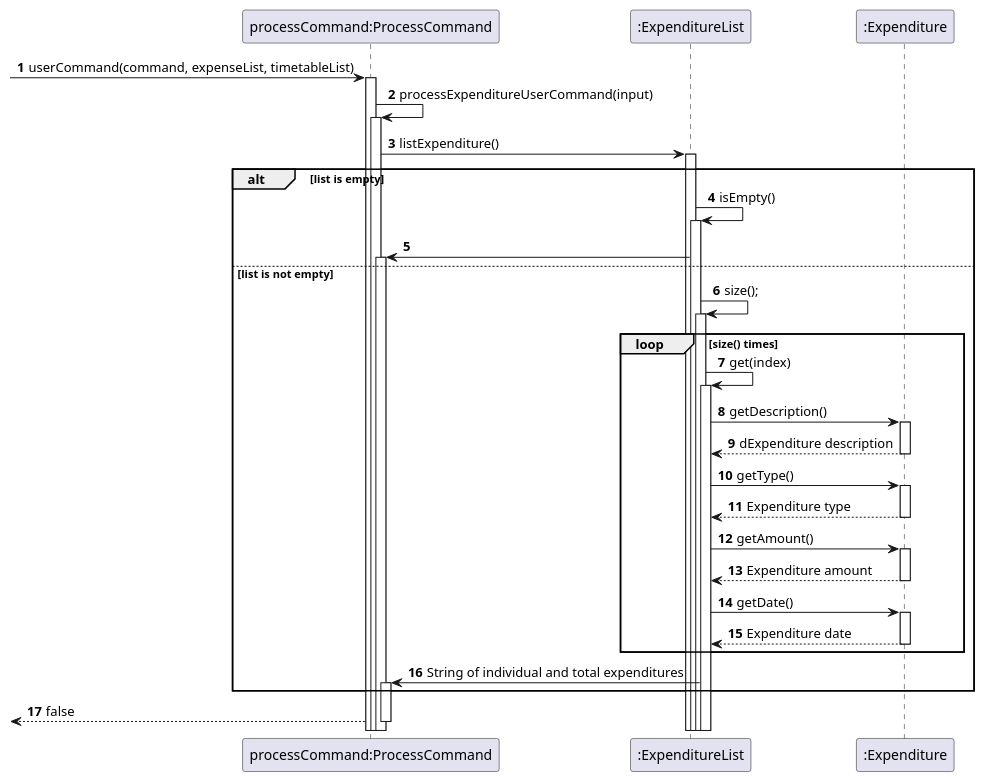
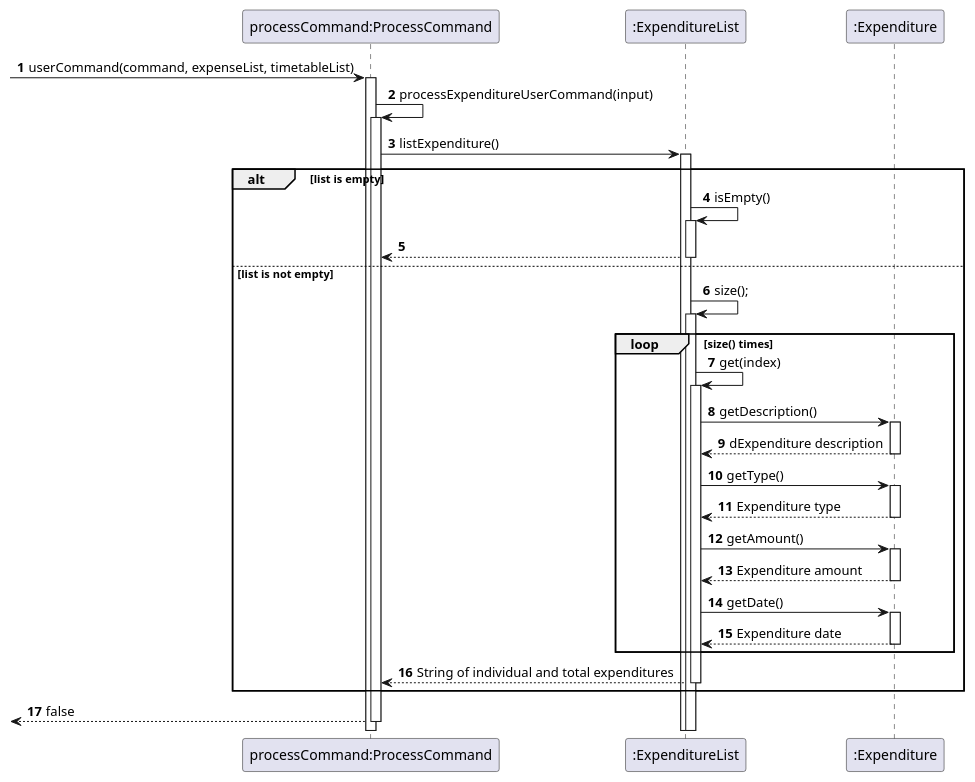
Before and after one commit to nyh3/tp: the diagram in docs/diagrams/sequencediagram/ListExpenditure.puml, drawn with PlantUML. The commit also changed 8 other files, not shown here.

Commit message:
Update diagrams

```diff
--- a/docs/diagrams/sequencediagram/ListExpenditure.puml
+++ b/docs/diagrams/sequencediagram/ListExpenditure.puml
@@ -1,43 +1,43 @@
 @startuml
 'https://plantuml.com/sequence-diagram
 
 
 autonumber
 autoactivate on
 participant "processCommand:ProcessCommand" as processCommand
 participant ":ExpenditureList" as expenditureList
 participant ":Expenditure" as expenditure
 
 [-> processCommand: userCommand(command, expenseList, timetableList)
 
 
 processCommand -> processCommand: processExpenditureUserCommand(input)
 
 
 processCommand -> expenditureList: listExpenditure()
 
 alt list is empty
     expenditureList -> expenditureList: isEmpty()
-    processCommand <- expenditureList
+    processCommand <-- expenditureList
 else list is not empty
     expenditureList -> expenditureList: size();
     loop size() times
     expenditureList -> expenditureList: get(index)
     expenditureList -> expenditure: getDescription()
     expenditureList <-- expenditure: dExpenditure description
     expenditureList -> expenditure: getType()
     expenditureList <-- expenditure: Expenditure type
     expenditureList -> expenditure: getAmount()
     expenditureList <-- expenditure: Expenditure amount
     expenditureList -> expenditure: getDate()
     expenditureList <-- expenditure: Expenditure date
     end
-    processCommand <- expenditureList: String of individual and total expenditures
+    processCommand <-- expenditureList: String of individual and total expenditures
 end
 
 
 
 [<-- processCommand: false
 
 
 @enduml
```
